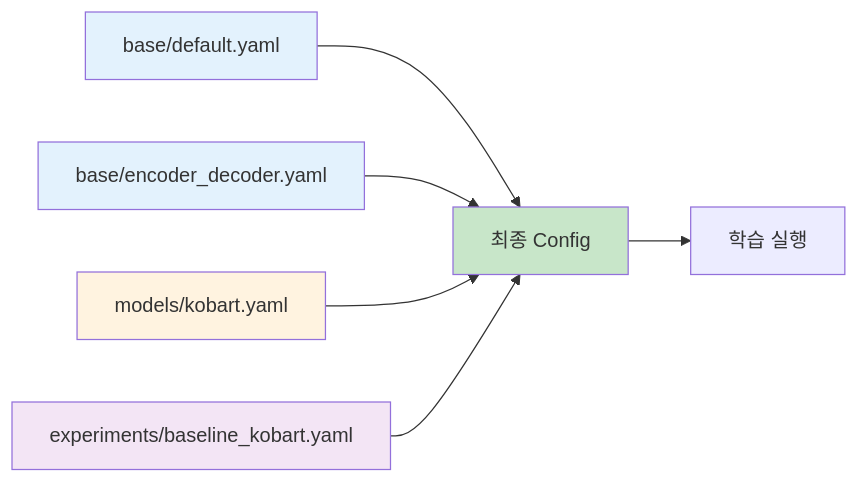
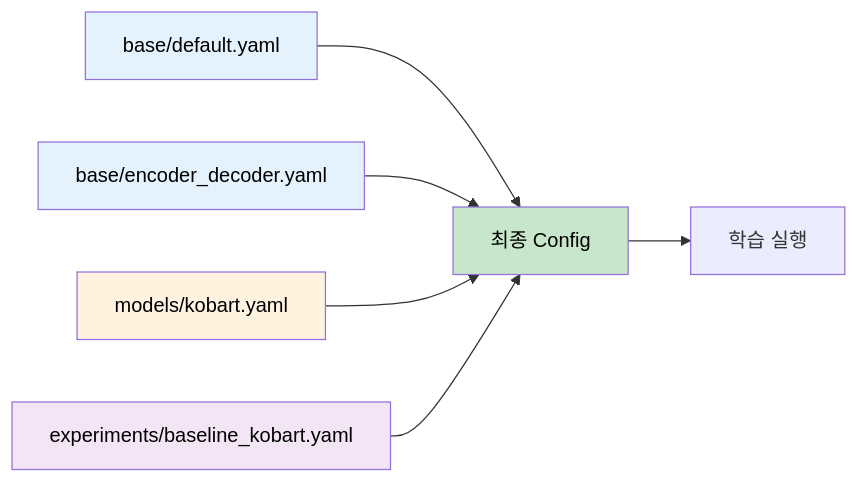
The fourth of 5 diagrams in docs/모듈화/02_핵심_시스템.md (AIBootcamp14/naturallanguageprocessingcompetition-nlp-1), drawn with Mermaid before and after one commit. The commit also changed other lines of this file and 3 other files, not shown here.

````diff
--- a/docs/모듈화/02_핵심_시스템.md
+++ b/docs/모듈화/02_핵심_시스템.md
@@ -324,15 +324,15 @@
 ```mermaid
 graph LR
     A[base/default.yaml] --> F[최종 Config]
     B[base/encoder_decoder.yaml] --> F
     C[models/kobart.yaml] --> F
     D[experiments/baseline_kobart.yaml] --> F
 
     F --> G[학습 실행]
 
-    style A fill:#e3f2fd
-    style B fill:#e3f2fd
-    style C fill:#fff3e0
-    style D fill:#f3e5f5
-    style F fill:#c8e6c9
+    style A fill:#e3f2fd,color:#000
+    style B fill:#e3f2fd,color:#000
+    style C fill:#fff3e0,color:#000
+    style D fill:#f3e5f5,color:#000
+    style F fill:#c8e6c9,color:#000
 ```
````
